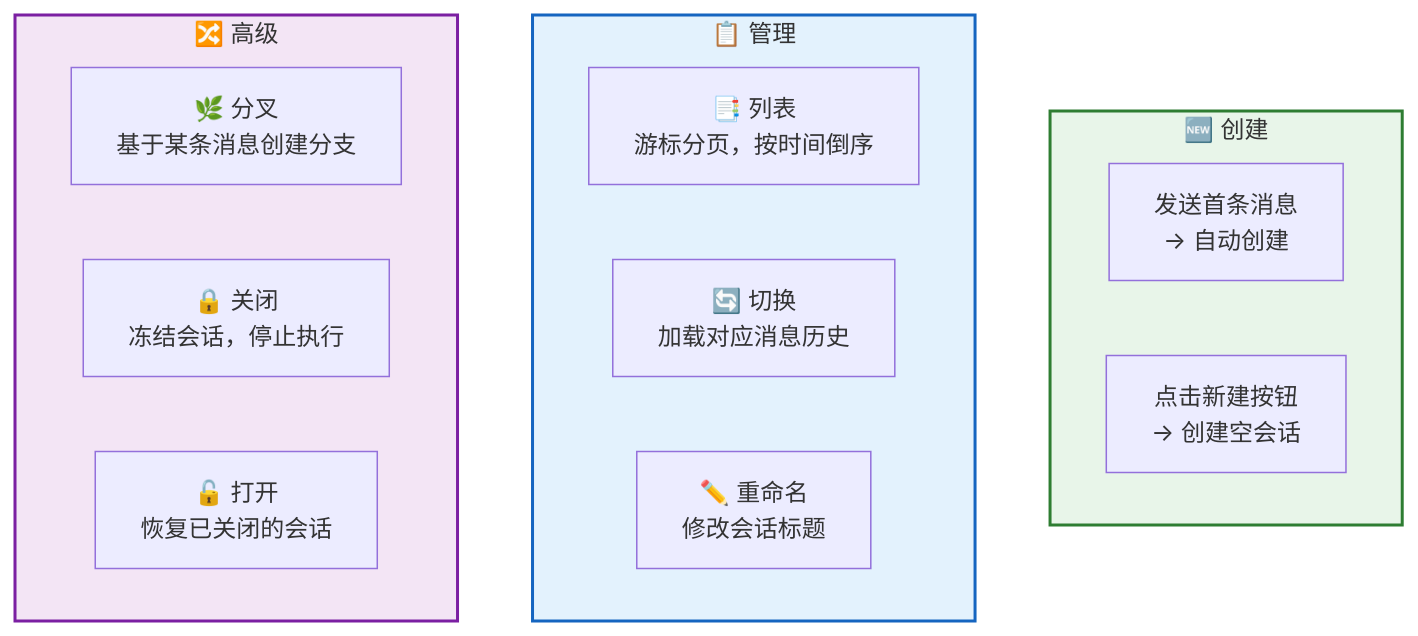
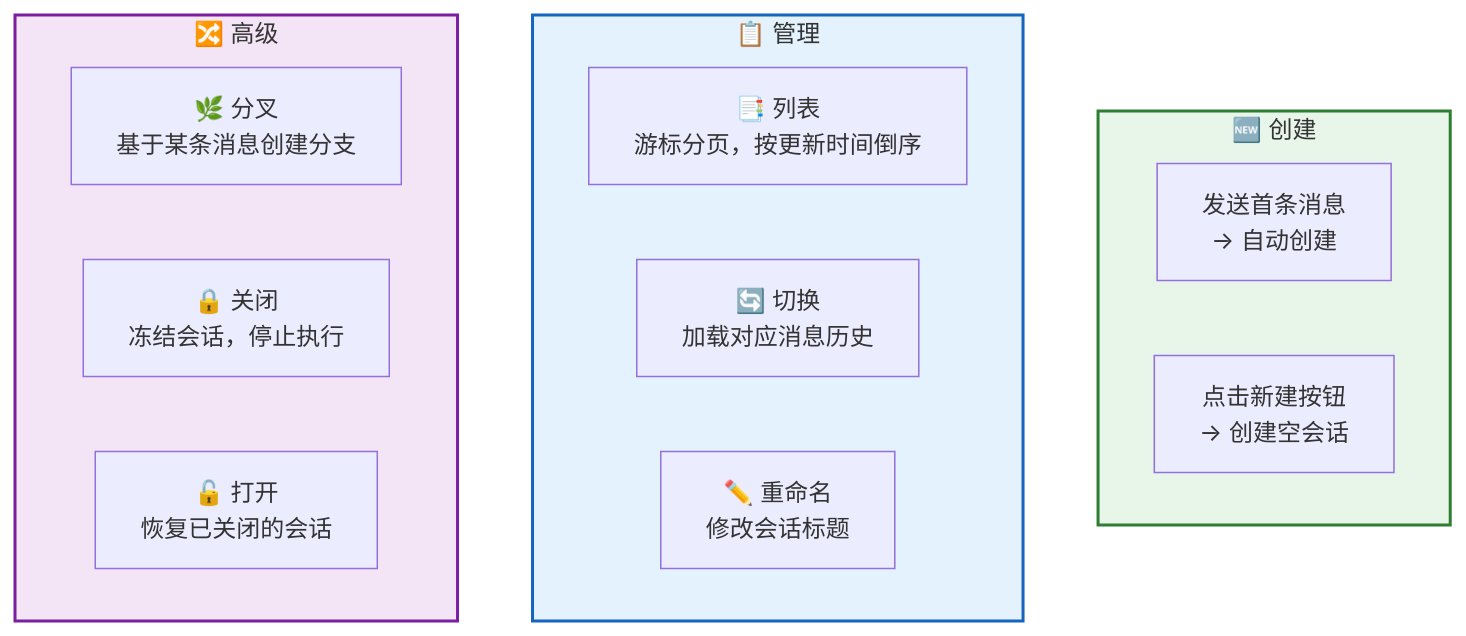
Before and after one commit to rtc-agent/docs: the second of 12 diagrams in src/content/docs/features/session.md, drawn with Mermaid. The commit also changed other lines of this file and 5 other files, not shown here.

````diff
--- a/src/content/docs/features/session.md
+++ b/src/content/docs/features/session.md
@@ -41,23 +41,23 @@
 ```mermaid
 flowchart TD
     subgraph CREATE["🆕 创建"]
         C1["发送首条消息<br/>→ 自动创建"]
         C2["点击新建按钮<br/>→ 创建空会话"]
     end
 
     subgraph MANAGE["📋 管理"]
-        M1["📑 列表<br/>游标分页，按时间倒序"]
+        M1["📑 列表<br/>游标分页，按更新时间倒序"]
         M2["🔄 切换<br/>加载对应消息历史"]
         M3["✏️ 重命名<br/>修改会话标题"]
     end
 
     subgraph ADVANCED["🔀 高级"]
         A1["🌿 分叉<br/>基于某条消息创建分支"]
         A2["🔒 关闭<br/>冻结会话，停止执行"]
         A3["🔓 打开<br/>恢复已关闭的会话"]
     end
 
     style CREATE fill:#e8f5e9,stroke:#2e7d32,stroke-width:2px
     style MANAGE fill:#e3f2fd,stroke:#1565c0,stroke-width:2px
     style ADVANCED fill:#f3e5f5,stroke:#7b1fa2,stroke-width:2px
 ```
````
